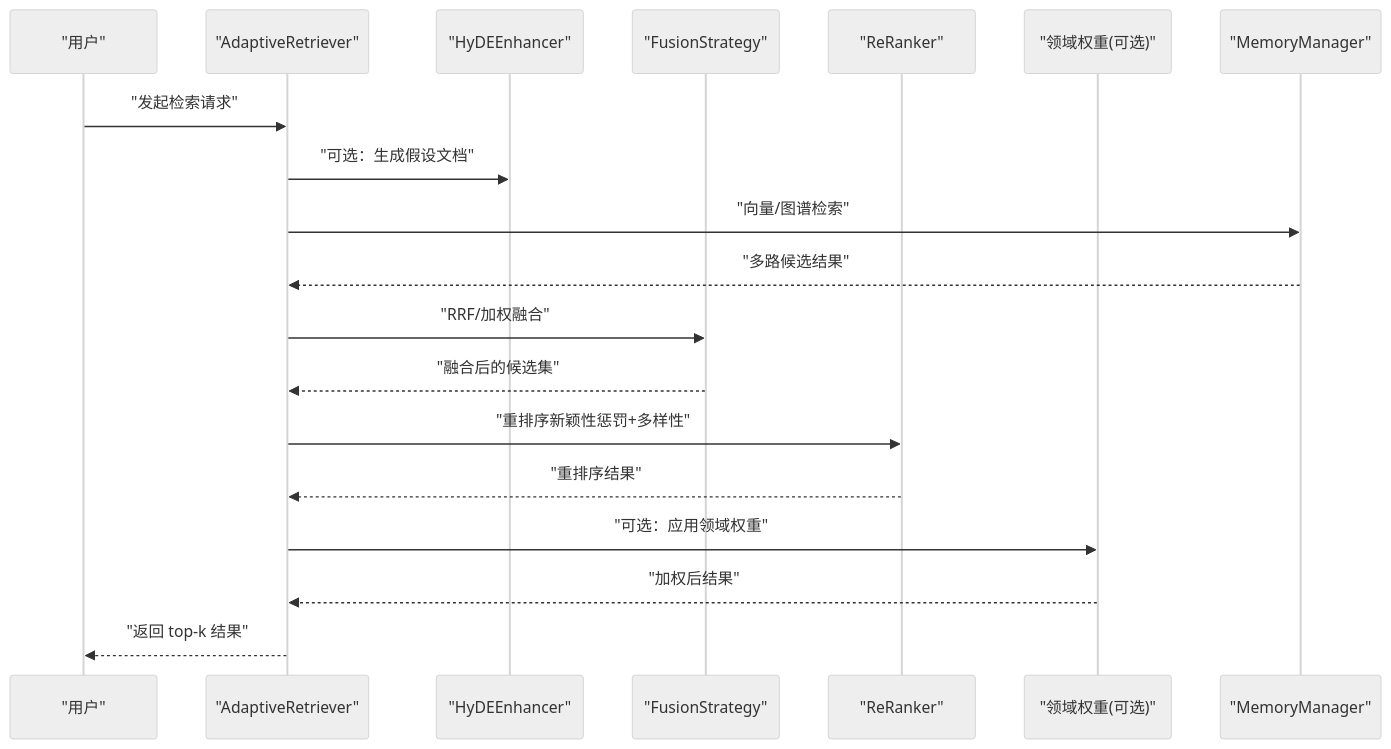
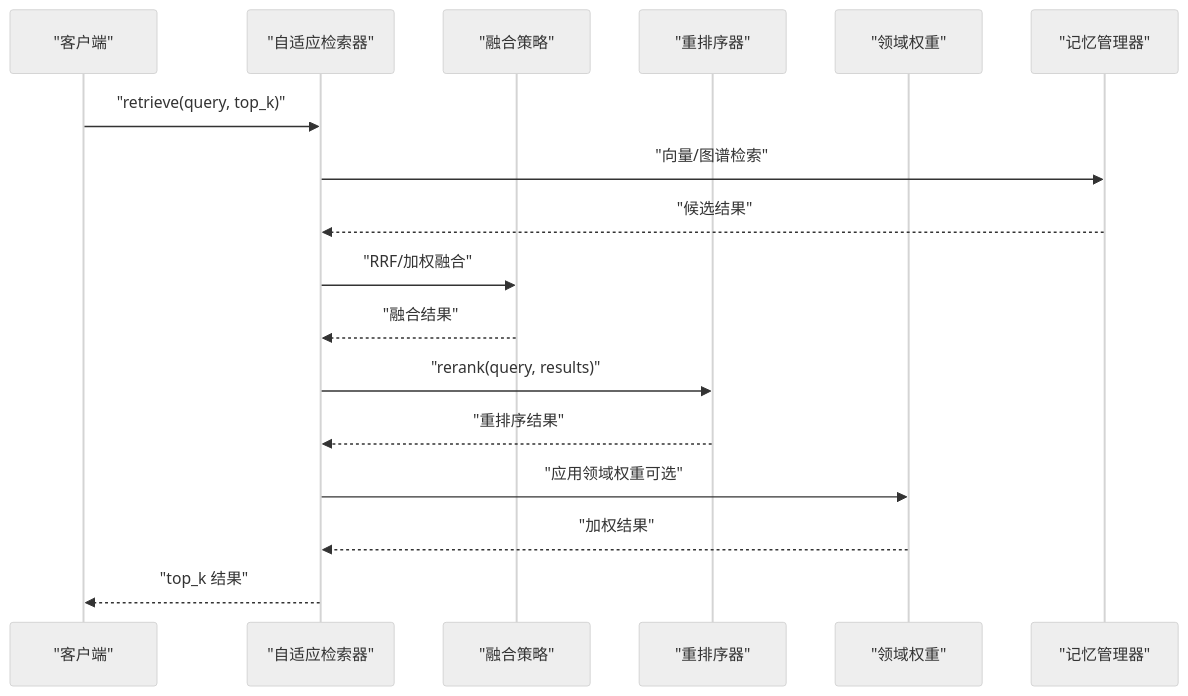
One commit to JieGaoPrinceton/NecoRAG changed the second of 5 diagrams in .qoder/repowiki/zh/content/检索引擎模块/重排序系统.md. Above: the diagram before and after it, drawn with Mermaid (neutral theme). The commit also changed other lines of this file and 181 other files, not shown here.

````diff
--- a/.qoder/repowiki/zh/content/检索引擎模块/重排序系统.md
+++ b/.qoder/repowiki/zh/content/检索引擎模块/重排序系统.md
@@ -89,21 +108,19 @@
 ```mermaid
 sequenceDiagram
-participant U as "用户"
-participant AR as "AdaptiveRetriever"
-participant HY as "HyDEEnhancer"
-participant FS as "FusionStrategy"
-participant RR as "ReRanker"
-participant KW as "领域权重(可选)"
-participant MR as "MemoryManager"
-U->>AR : "发起检索请求"
-AR->>HY : "可选：生成假设文档"
-AR->>MR : "向量/图谱检索"
-MR-->>AR : "多路候选结果"
-AR->>FS : "RRF/加权融合"
-FS-->>AR : "融合后的候选集"
-AR->>RR : "重排序新颖性惩罚+多样性"
-RR-->>AR : "重排序结果"
-AR->>KW : "可选：应用领域权重"
-KW-->>AR : "加权后结果"
-AR-->>U : "返回 top-k 结果"
+participant Client as "客户端"
+participant Retriever as "自适应检索器"
+participant Fusion as "融合策略"
+participant Reranker as "重排序器"
+participant Domain as "领域权重"
+participant Memory as "记忆管理器"
+Client->>Retriever : "retrieve(query, top_k)"
+Retriever->>Memory : "向量/图谱检索"
+Memory-->>Retriever : "候选结果"
+Retriever->>Fusion : "RRF/加权融合"
+Fusion-->>Retriever : "融合结果"
+Retriever->>Reranker : "rerank(query, results)"
+Reranker-->>Retriever : "重排序结果"
+Retriever->>Domain : "应用领域权重可选"
+Domain-->>Retriever : "加权结果"
+Retriever-->>Client : "top_k 结果"
 ```
````
